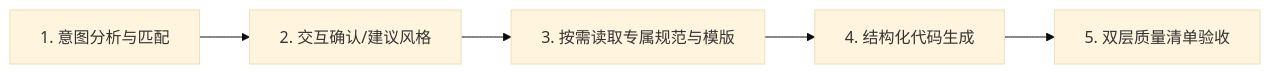
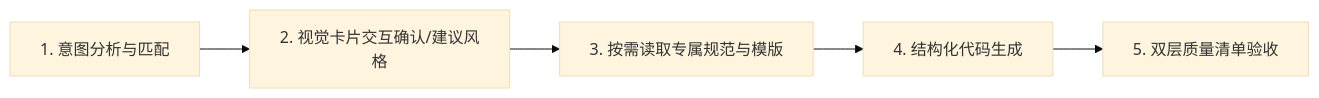
The diagram in SKILL.md (mailwmj/visual-html), drawn with Mermaid (base theme) before and after one commit. The commit also changed other lines of this file and 59 other files, not shown here.

````diff
--- a/SKILL.md
+++ b/SKILL.md
@@ -50,7 +58,7 @@
 ```mermaid
 flowchart LR
-    A["1. 意图分析与匹配"] --> B["2. 交互确认/建议风格"]
+    A["1. 意图分析与匹配"] --> B["2. 视觉卡片交互确认/建议风格"]
     B --> C["3. 按需读取专属规范与模版"]
     C --> D["4. 结构化代码生成"]
     D --> E["5. 双层质量清单验收"]
 ```
````
